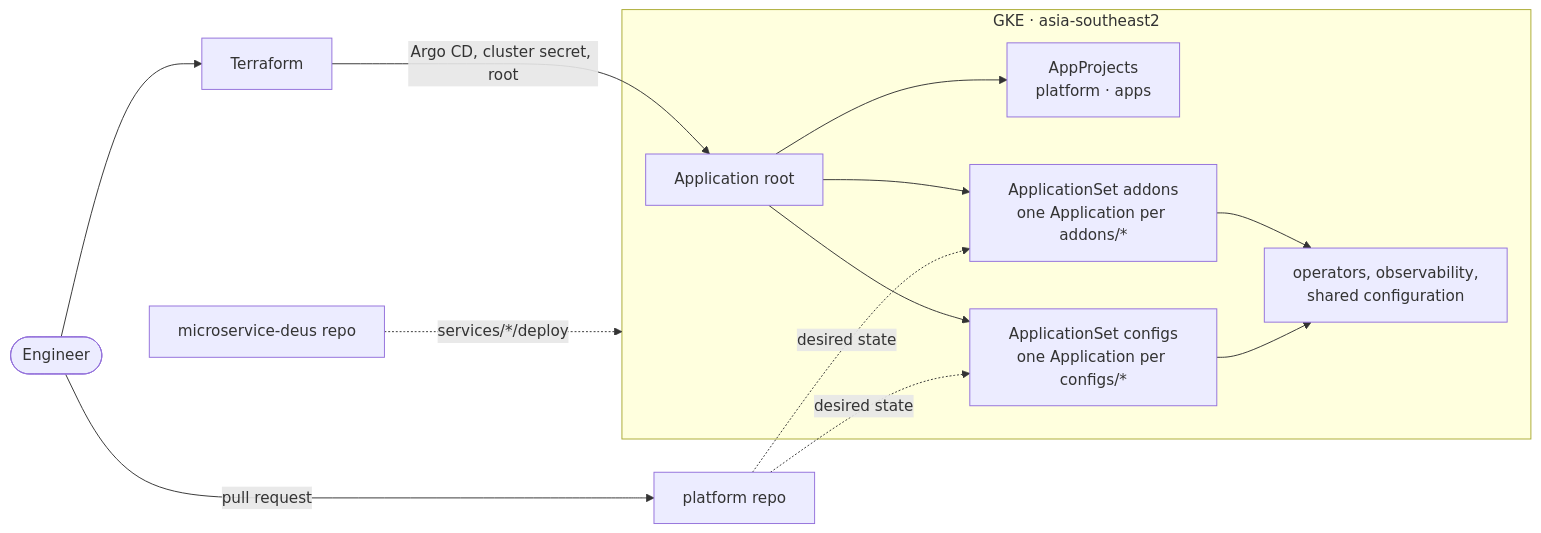
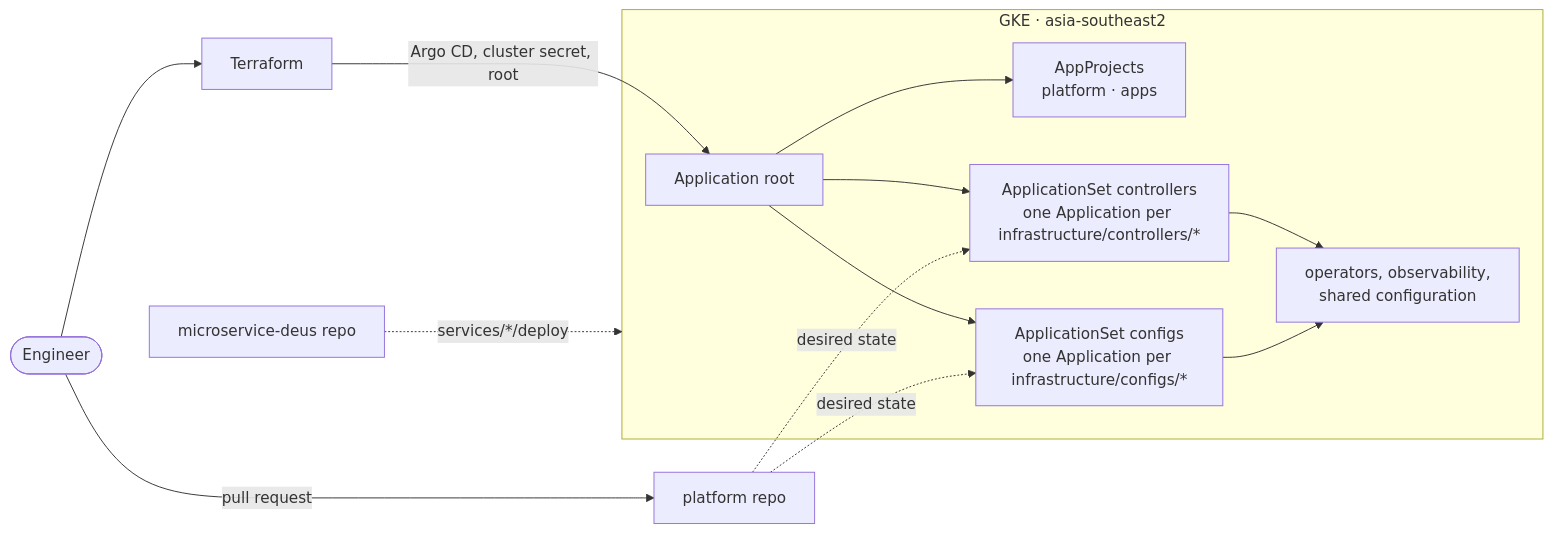
The first of 2 diagrams in README.md (alice101-dev/k8s-victoria-observability), drawn with Mermaid before and after one commit. The commit also changed other lines of this file and 131 other files, not shown here.

````diff
--- a/README.md
+++ b/README.md
@@ -26,23 +27,23 @@
 ```mermaid
 flowchart LR
   eng(["Engineer"])
   tf["Terraform"]
   repo["platform repo"]
   apprepo["microservice-deus repo"]
 
   subgraph gke["GKE · asia-southeast2"]
     root["Application root"]
     projects["AppProjects<br/>platform · apps"]
-    addons["ApplicationSet addons<br/>one Application per addons/*"]
-    configs["ApplicationSet configs<br/>one Application per configs/*"]
+    controllers["ApplicationSet controllers<br/>one Application per infrastructure/controllers/*"]
+    configs["ApplicationSet configs<br/>one Application per infrastructure/configs/*"]
     workloads["operators, observability,<br/>shared configuration"]
   end
 
   eng --> tf
   eng -- "pull request" --> repo
   tf -- "Argo CD, cluster secret, root" --> root
-  root --> projects & addons & configs
-  repo -. "desired state" .-> addons & configs
-  addons & configs --> workloads
+  root --> projects & controllers & configs
+  repo -. "desired state" .-> controllers & configs
+  controllers & configs --> workloads
   apprepo -. "services/*/deploy" .-> gke
 ```
````
